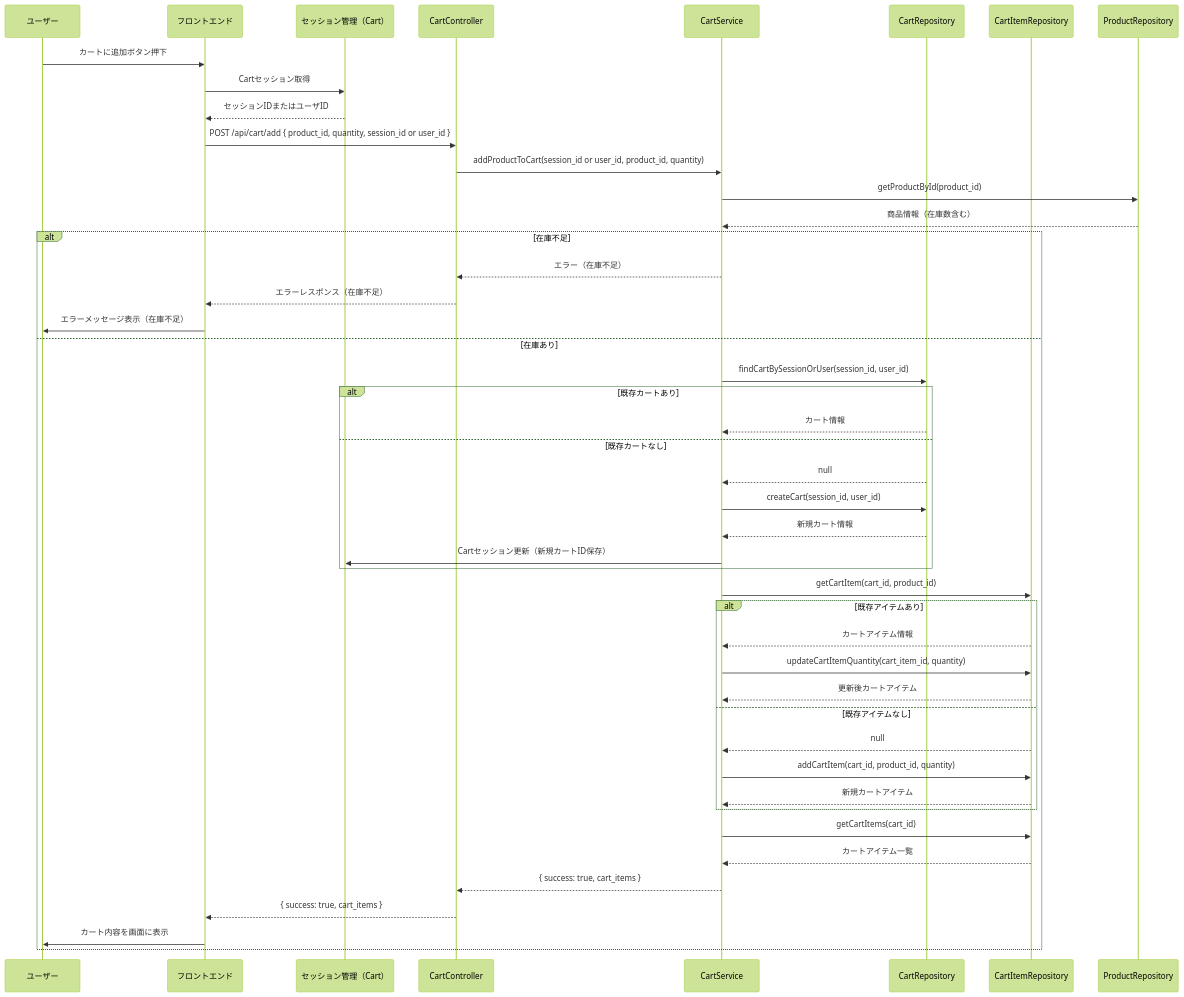
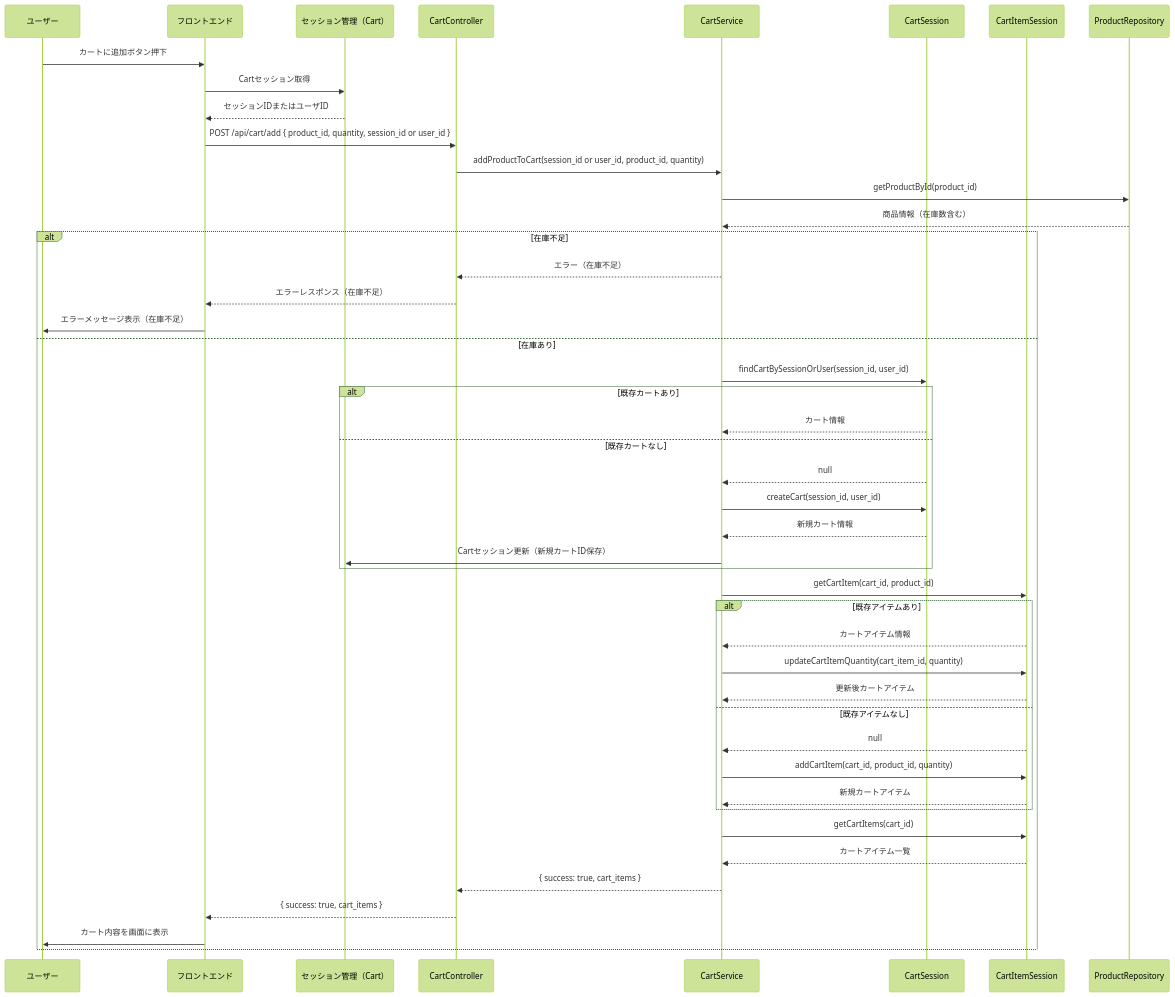
One commit to Aoi-Yaegashi/teamF changed the fourth of 39 diagrams in 詳細設計/担当B_村田/3.2 機能詳細.md. Above: the diagram before and after it, drawn with Mermaid (forest theme). The commit also changed other lines of this file and 1 other file, not shown here.

```diff
--- a/詳細設計/担当B_村田/3.2 機能詳細.md
+++ b/詳細設計/担当B_村田/3.2 機能詳細.md
@@ -132,74 +132,74 @@
    <div class="mermaid">
    sequenceDiagram
     participant User as ユーザー
     participant FE as フロントエンド
     participant Session as セッション管理（Cart）
     participant CartC as CartController
     participant CartS as CartService
-    participant CartRepo as CartRepository
-    participant CartItemRepo as CartItemRepository
+    participant CartRepo as CartSession
+    participant CartItemRepo as CartItemSession
     participant ProdRepo as ProductRepository
 
     %% 1. ユーザーが「カートに追加」ボタンを押す
     User->>FE: カートに追加ボタン押下
 
     %% 2. フロントエンドがCartセッション（セッションIDまたはユーザID）を取得
     FE->>Session: Cartセッション取得
     Session-->>FE: セッションIDまたはユーザID
 
     %% 3. フロントエンドがAPI呼び出し
     FE->>CartC: POST /api/cart/add { product_id, quantity, session_id or user_id }
 
     %% 4. コントローラがサービスに処理を依頼
     CartC->>CartS: addProductToCart(session_id or user_id, product_id, quantity)
 
     %% 5. サービスが商品情報を取得（在庫チェックのため）
     CartS->>ProdRepo: getProductById(product_id)
     ProdRepo-->>CartS: 商品情報（在庫数含む）
 
     %% 6. サービスが在庫チェック
     alt 在庫不足
         CartS-->>CartC: エラー（在庫不足）
         CartC-->>FE: エラーレスポンス（在庫不足）
         FE->>User: エラーメッセージ表示（在庫不足）
     else 在庫あり
         %% 7. サービスがCartセッションで既存カートの有無を確認
         CartS->>CartRepo: findCartBySessionOrUser(session_id, user_id)
         alt 既存カートあり
             CartRepo-->>CartS: カート情報
         else 既存カートなし
             CartRepo-->>CartS: null
             %% 新規カートを作成し、Cartセッションに保存
             CartS->>CartRepo: createCart(session_id, user_id)
             CartRepo-->>CartS: 新規カート情報
             CartS->>Session: Cartセッション更新（新規カートID保存）
         end
 
         %% 8. サービスがカートアイテムの有無を確認
         CartS->>CartItemRepo: getCartItem(cart_id, product_id)
         alt 既存アイテムあり
             CartItemRepo-->>CartS: カートアイテム情報
             %% 数量加算
             CartS->>CartItemRepo: updateCartItemQuantity(cart_item_id, quantity)
             CartItemRepo-->>CartS: 更新後カートアイテム
         else 既存アイテムなし
             CartItemRepo-->>CartS: null
             %% 新規アイテム追加
             CartS->>CartItemRepo: addCartItem(cart_id, product_id, quantity)
             CartItemRepo-->>CartS: 新規カートアイテム
         end
 
         %% 9. サービスが最新カート内容を取得
         CartS->>CartItemRepo: getCartItems(cart_id)
         CartItemRepo-->>CartS: カートアイテム一覧
 
         %% 10. サービスがコントローラに返却
         CartS-->>CartC: { success: true, cart_items }
 
         %% 11. コントローラがフロントエンドにレスポンス
         CartC-->>FE: { success: true, cart_items }
 
         %% 12. フロントエンドがカートページに反映
         FE->>User: カート内容を画面に表示
     end
 </div>
```
